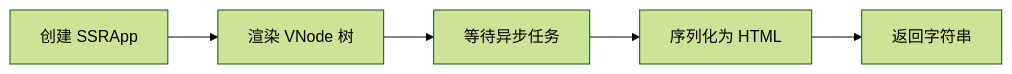
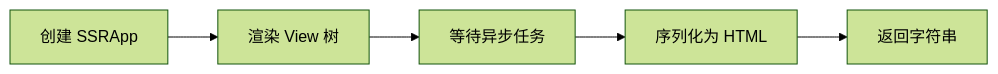
Before and after one commit to vitarx-lib/core: the first of 2 diagrams in packages/runtime-ssr/README.md, drawn with Mermaid (forest theme). The commit also changed other lines of this file and 6 other files, not shown here.

````diff
--- a/packages/runtime-ssr/README.md
+++ b/packages/runtime-ssr/README.md
@@ -141,7 +141,7 @@
 ```mermaid
 flowchart LR
-    A[创建 SSRApp] --> B[渲染 VNode 树]
+    A[创建 SSRApp] --> B[渲染 View 树]
     B --> C[等待异步任务]
     C --> D[序列化为 HTML]
     D --> E[返回字符串]
 ```
````
